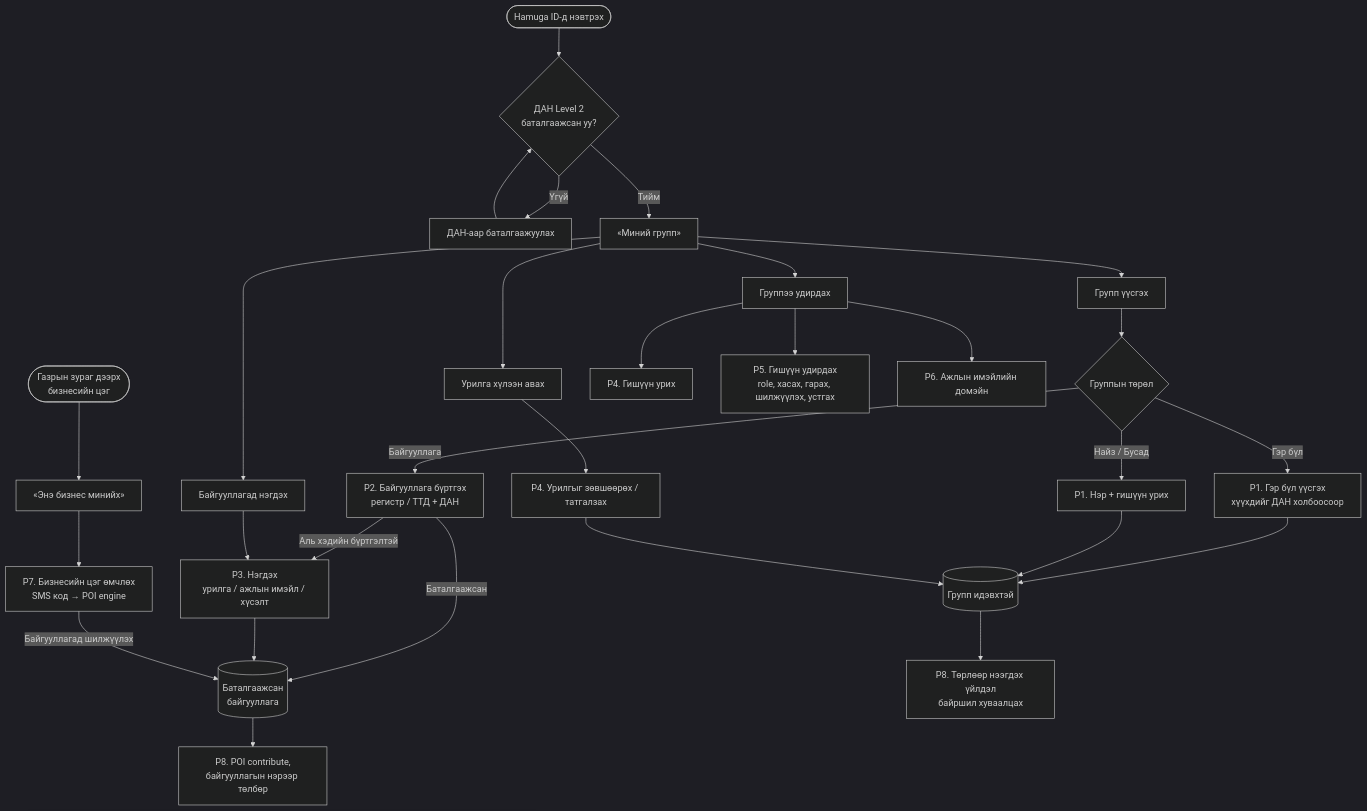
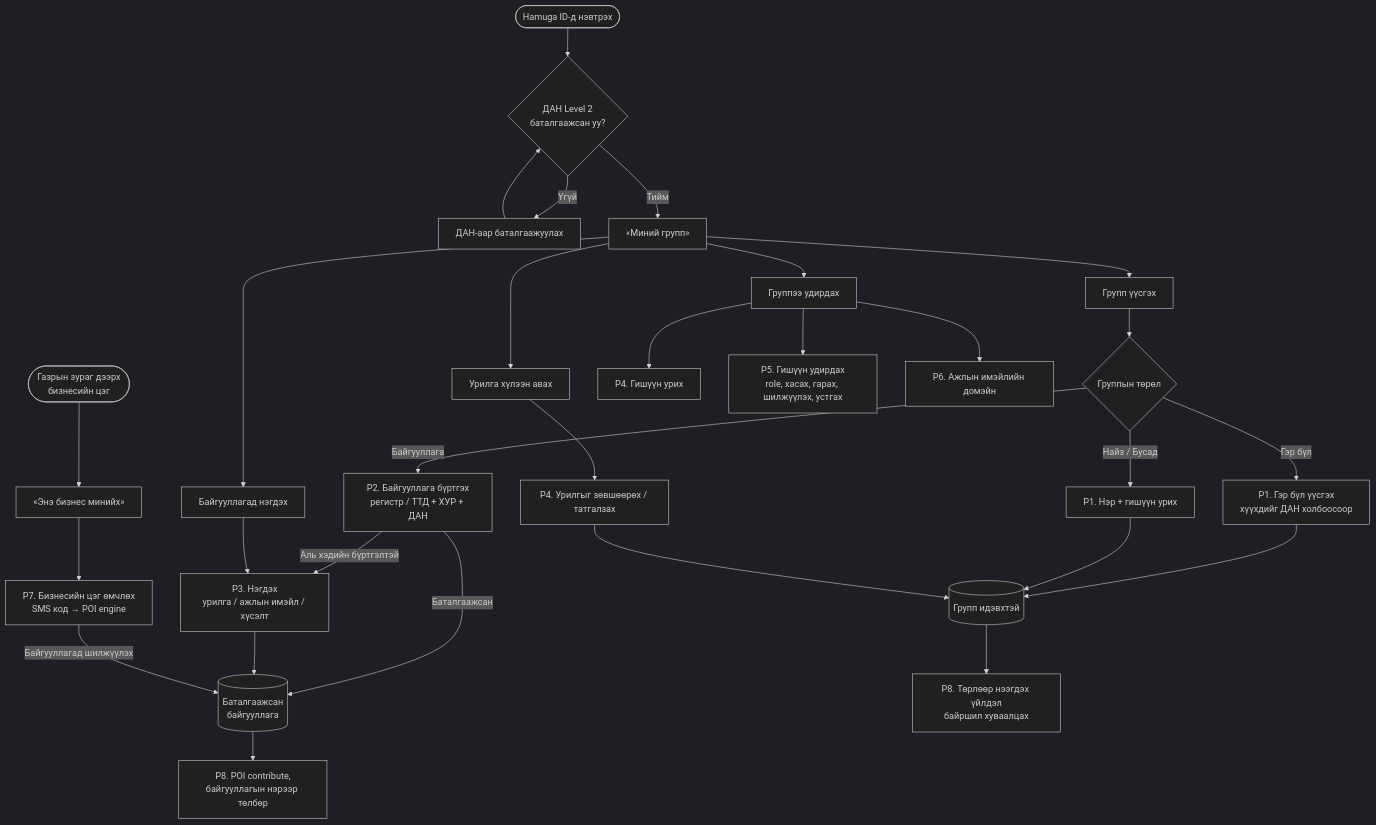
Before and after one commit to zayaennnn-arch/ID-Group: the first of 12 diagrams in docs/requirements/process-map-group-org-mn.md, drawn with Mermaid (dark theme). The commit also changed other lines of this file and 3 other files, not shown here.

````diff
--- a/docs/requirements/process-map-group-org-mn.md
+++ b/docs/requirements/process-map-group-org-mn.md
@@ -21,34 +22,34 @@
 ```mermaid
 flowchart TD
     START(["Hamuga ID-д нэвтрэх"]) --> L2{"ДАН Level 2<br/>баталгаажсан уу?"}
     L2 -- "Үгүй" --> DAN["ДАН-аар баталгаажуулах"] --> L2
     L2 -- "Тийм" --> HOME["«Миний групп»"]
 
     HOME --> A1["Групп үүсгэх"]
     HOME --> A2["Урилга хүлээн авах"]
     HOME --> A3["Байгууллагад нэгдэх"]
     HOME --> A4["Группээ удирдах"]
     MAP(["Газрын зураг дээрх<br/>бизнесийн цэг"]) --> A5["«Энэ бизнес минийх»"]
 
     A1 --> TYPE{"Группын төрөл"}
     TYPE -- "Гэр бүл" --> P1F["P1. Гэр бүл үүсгэх<br/>хүүхдийг ДАН холбоосоор"]
     TYPE -- "Найз / Бусад" --> P1S["P1. Нэр + гишүүн урих"]
-    TYPE -- "Байгууллага" --> P2["P2. Байгууллага бүртгэх<br/>регистр / ТТД + ДАН"]
+    TYPE -- "Байгууллага" --> P2["P2. Байгууллага бүртгэх<br/>регистр / ТТД + ХУР + ДАН"]
 
     P2 -- "Аль хэдийн бүртгэлтэй" --> P3
     A3 --> P3["P3. Нэгдэх<br/>урилга / ажлын имэйл / хүсэлт"]
     A2 --> P4B["P4. Урилгыг зөвшөөрөх / татгалзах"]
     A4 --> P4["P4. Гишүүн урих"]
     A4 --> P5["P5. Гишүүн удирдах<br/>role, хасах, гарах, шилжүүлэх, устгах"]
     A4 --> P6["P6. Ажлын имэйлийн домэйн"]
     A5 --> P7["P7. Бизнесийн цэг өмчлөх<br/>SMS код → POI engine"]
 
     P1F --> G[("Групп идэвхтэй")]
     P1S --> G
     P2 -- "Баталгаажсан" --> GO[("Баталгаажсан<br/>байгууллага")]
     P3 --> GO
     P4B --> G
     P7 -- "Байгууллагад шилжүүлэх" --> GO
     G --> P8["P8. Төрлөөр нээгдэх үйлдэл<br/>байршил хуваалцах"]
     GO --> P8B["P8. POI contribute,<br/>байгууллагын нэрээр төлбөр"]
 ```
````
